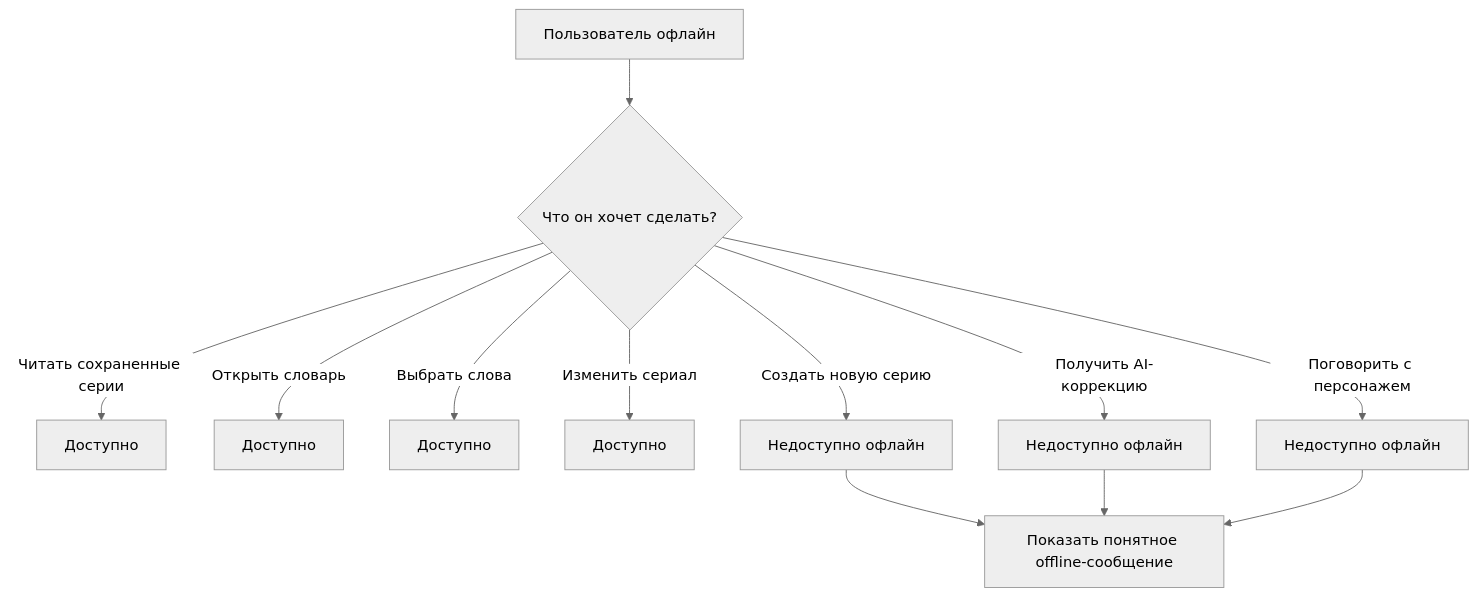
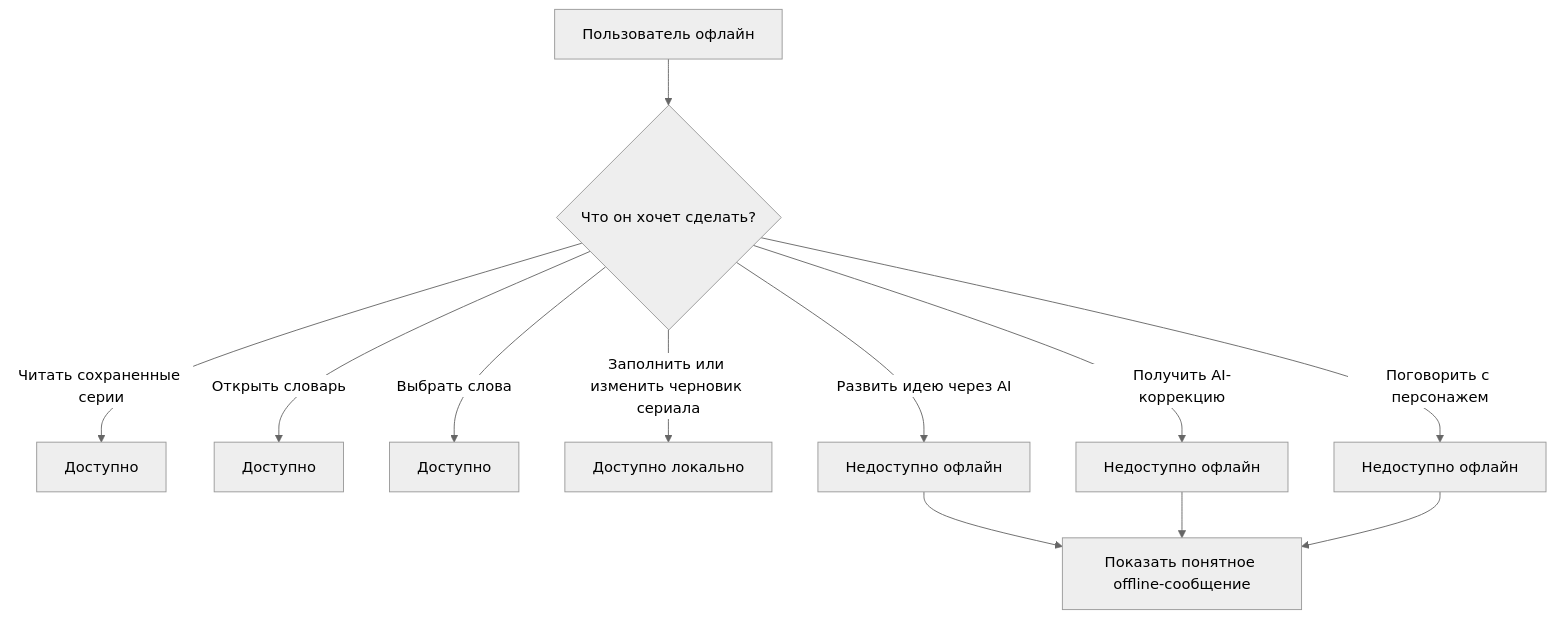
The tenth of 10 diagrams in concept/user_flow_schema.md (Gamshik/narrumi), drawn with Mermaid (neutral theme) before and after one commit. The commit also changed other lines of this file and 6 other files, not shown here.

````diff
--- a/concept/user_flow_schema.md
+++ b/concept/user_flow_schema.md
@@ -236,17 +257,17 @@
 ```mermaid
 flowchart TD
     A["Пользователь офлайн"] --> B{"Что он хочет сделать?"}
 
     B -- "Читать сохраненные серии" --> C["Доступно"]
     B -- "Открыть словарь" --> D["Доступно"]
     B -- "Выбрать слова" --> E["Доступно"]
-    B -- "Изменить сериал" --> F["Доступно"]
+    B -- "Заполнить или изменить черновик сериала" --> F["Доступно локально"]
 
-    B -- "Создать новую серию" --> G["Недоступно офлайн"]
+    B -- "Развить идею через AI" --> G["Недоступно офлайн"]
     B -- "Получить AI-коррекцию" --> H["Недоступно офлайн"]
     B -- "Поговорить с персонажем" --> I["Недоступно офлайн"]
 
     G --> J["Показать понятное offline-сообщение"]
     H --> J
     I --> J
 ```
````
